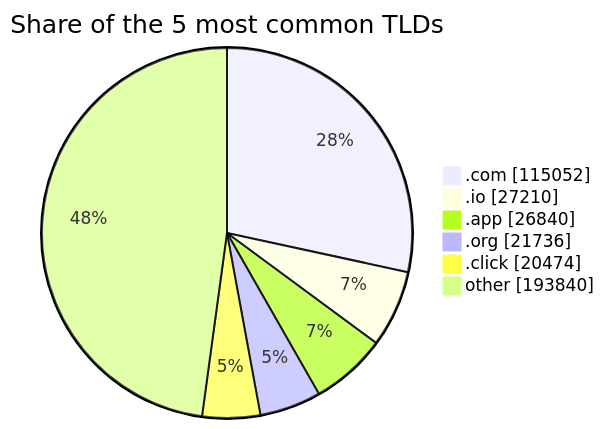
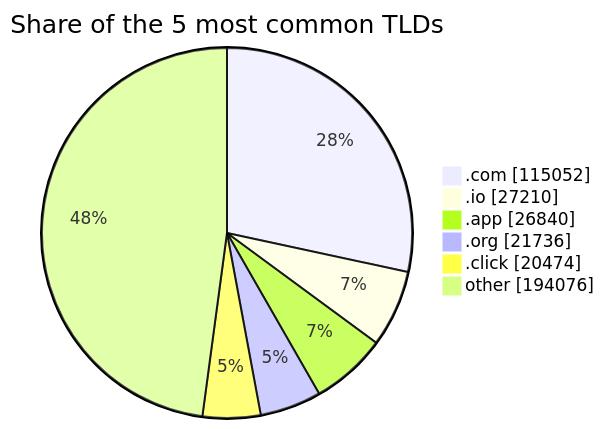
One commit to DNSBunker/CTI changed the third of 3 diagrams in README.md. Above: the diagram before and after it, drawn with Mermaid. The commit also changed other lines of this file and 3 other files, not shown here.

````diff
--- a/README.md
+++ b/README.md
@@ -81,9 +81,9 @@
 ```mermaid
 pie showData title Share of the 5 most common TLDs
     ".com" : 115052
     ".io" : 27210
     ".app" : 26840
     ".org" : 21736
     ".click" : 20474
-    "other" : 193840
+    "other" : 194076
 ```
````
